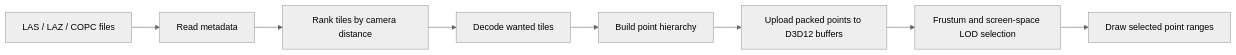
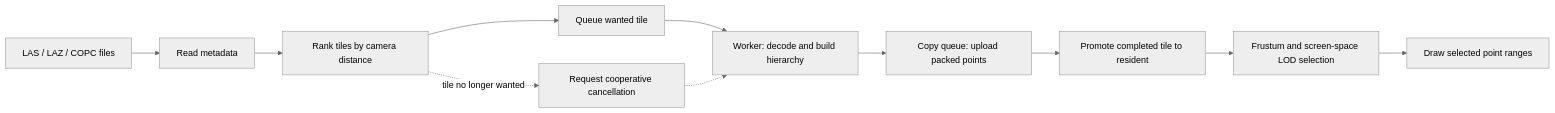
One commit to Ridhwan-Mohamed/D3D12-Realtime-LiDAR-Renderer changed the diagram in README.md. Above: the diagram before and after it, drawn with Mermaid (neutral theme). The commit also changed other lines of this file and 11 other files, not shown here.

````diff
--- a/README.md
+++ b/README.md
@@ -28,10 +30,14 @@
 ```mermaid
 flowchart LR
     A[LAS / LAZ / COPC files] --> B[Read metadata]
     B --> C[Rank tiles by camera distance]
-    C --> D[Decode wanted tiles]
-    D --> E[Build point hierarchy]
-    E --> F[Upload packed points to D3D12 buffers]
-    F --> G[Frustum and screen-space LOD selection]
-    G --> H[Draw selected point ranges]
+    C --> D[Queue wanted tile]
+    D --> E[Worker: decode and build hierarchy]
+    E --> F[Copy queue: upload packed points]
+    F --> G[Promote completed tile to resident]
+    G --> H[Frustum and screen-space LOD selection]
+    H --> I[Draw selected point ranges]
+
+    C -. tile no longer wanted .-> J[Request cooperative cancellation]
+    J -.-> E
 ```
````
